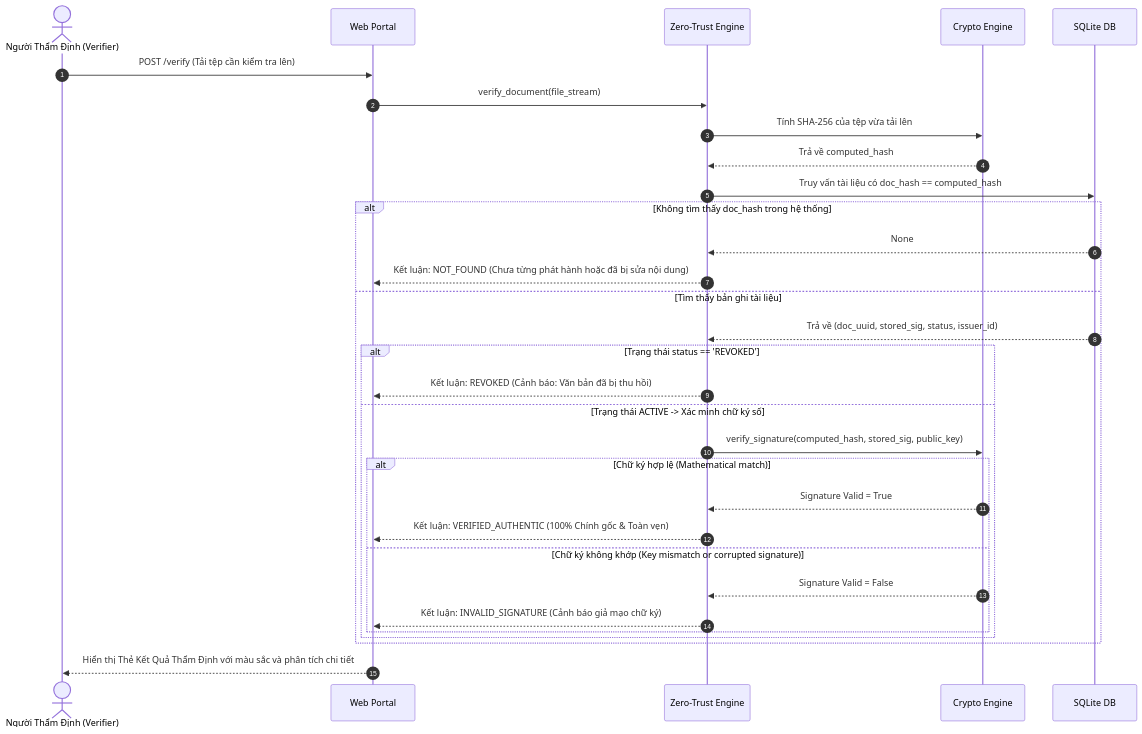
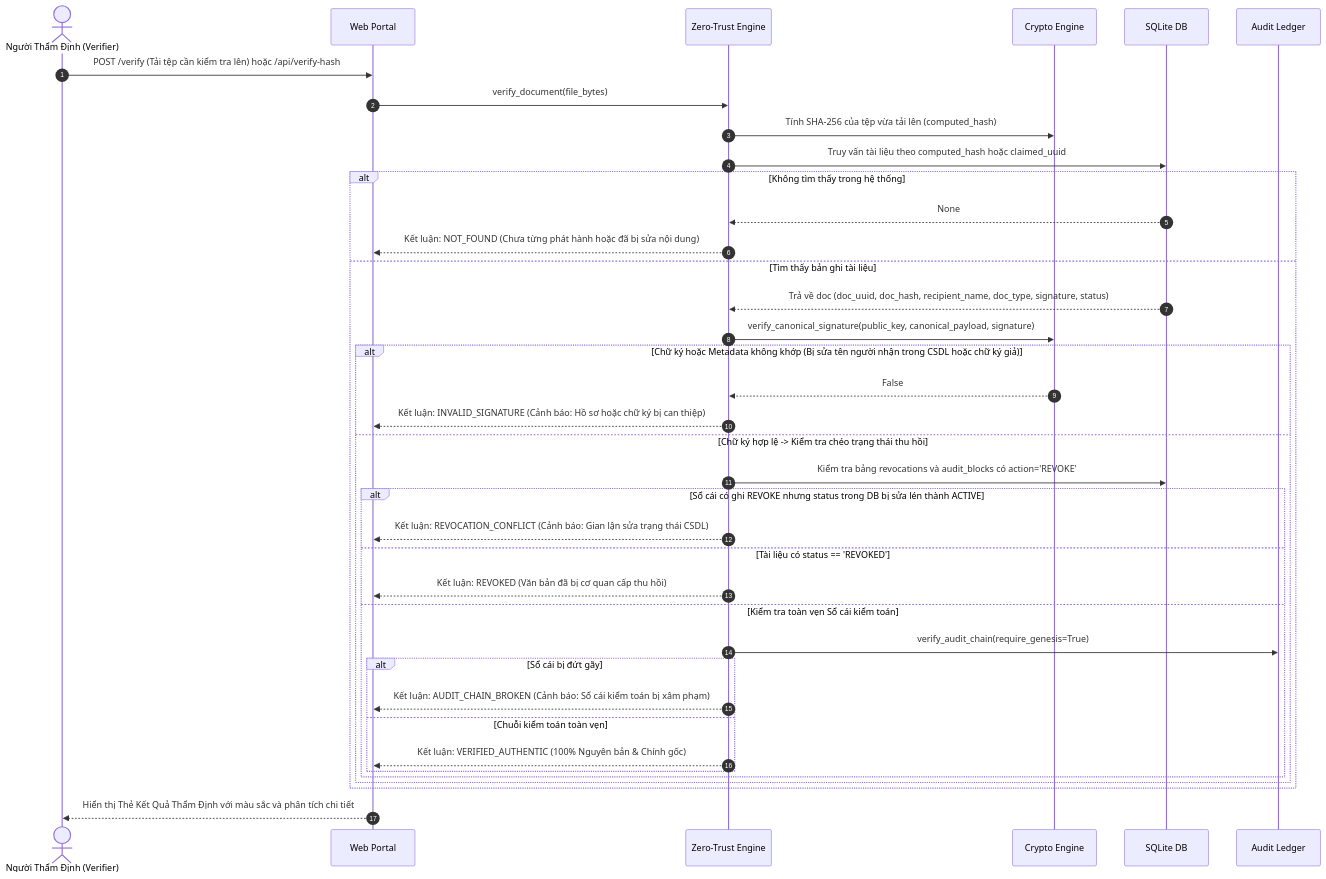
Before and after one commit to kietvo5924/secudoc-zero-trust: the second of 2 diagrams in docs/ARCHITECTURE.md, drawn with Mermaid. The commit also changed other lines of this file and 32 other files, not shown here.

Commit message:
feat(security): complete Zero-Trust capstone hardening, canonical signatures, audit isolation, and 45 passing tests

````diff
--- a/docs/ARCHITECTURE.md
+++ b/docs/ARCHITECTURE.md
@@ -93,34 +94,41 @@
 ```mermaid
 sequenceDiagram
     autonumber
     actor Verifier as Người Thẩm Định (Verifier)
     participant Web as Web Portal
     participant VerifyEng as Zero-Trust Engine
     participant Crypto as Crypto Engine
     participant DB as SQLite DB
+    participant Audit as Audit Ledger
 
-    Verifier->>Web: POST /verify (Tải tệp cần kiểm tra lên)
-    Web->>VerifyEng: verify_document(file_stream)
-    VerifyEng->>Crypto: Tính SHA-256 của tệp vừa tải lên
-    Crypto-->>VerifyEng: Trả về computed_hash
-    VerifyEng->>DB: Truy vấn tài liệu có doc_hash == computed_hash
-    alt Không tìm thấy doc_hash trong hệ thống
+    Verifier->>Web: POST /verify (Tải tệp cần kiểm tra lên) hoặc /api/verify-hash
+    Web->>VerifyEng: verify_document(file_bytes)
+    VerifyEng->>Crypto: Tính SHA-256 của tệp vừa tải lên (computed_hash)
+    VerifyEng->>DB: Truy vấn tài liệu theo computed_hash hoặc claimed_uuid
+    alt Không tìm thấy trong hệ thống
         DB-->>VerifyEng: None
         VerifyEng-->>Web: Kết luận: NOT_FOUND (Chưa từng phát hành hoặc đã bị sửa nội dung)
     else Tìm thấy bản ghi tài liệu
-        DB-->>VerifyEng: Trả về (doc_uuid, stored_sig, status, issuer_id)
-        alt Trạng thái status == 'REVOKED'
-            VerifyEng-->>Web: Kết luận: REVOKED (Cảnh báo: Văn bản đã bị thu hồi)
-        else Trạng thái ACTIVE -> Xác minh chữ ký số
-            VerifyEng->>Crypto: verify_signature(computed_hash, stored_sig, public_key)
-            alt Chữ ký hợp lệ (Mathematical match)
-                Crypto-->>VerifyEng: Signature Valid = True
-                VerifyEng-->>Web: Kết luận: VERIFIED_AUTHENTIC (100% Chính gốc & Toàn vẹn)
-            else Chữ ký không khớp (Key mismatch or corrupted signature)
-                Crypto-->>VerifyEng: Signature Valid = False
-                VerifyEng-->>Web: Kết luận: INVALID_SIGNATURE (Cảnh báo giả mạo chữ ký)
+        DB-->>VerifyEng: Trả về doc (doc_uuid, doc_hash, recipient_name, doc_type, signature, status)
+        VerifyEng->>Crypto: verify_canonical_signature(public_key, canonical_payload, signature)
+        alt Chữ ký hoặc Metadata không khớp (Bị sửa tên người nhận trong CSDL hoặc chữ ký giả)
+            Crypto-->>VerifyEng: False
+            VerifyEng-->>Web: Kết luận: INVALID_SIGNATURE (Cảnh báo: Hồ sơ hoặc chữ ký bị can thiệp)
+        else Chữ ký hợp lệ -> Kiểm tra chéo trạng thái thu hồi
+            VerifyEng->>DB: Kiểm tra bảng revocations và audit_blocks có action='REVOKE'
+            alt Sổ cái có ghi REVOKE nhưng status trong DB bị sửa lén thành ACTIVE
+                VerifyEng-->>Web: Kết luận: REVOCATION_CONFLICT (Cảnh báo: Gian lận sửa trạng thái CSDL)
+            else Tài liệu có status == 'REVOKED'
+                VerifyEng-->>Web: Kết luận: REVOKED (Văn bản đã bị cơ quan cấp thu hồi)
+            else Kiểm tra toàn vẹn Sổ cái kiểm toán
+                VerifyEng->>Audit: verify_audit_chain(require_genesis=True)
+                alt Sổ cái bị đứt gãy
+                    VerifyEng-->>Web: Kết luận: AUDIT_CHAIN_BROKEN (Cảnh báo: Sổ cái kiểm toán bị xâm phạm)
+                else Chuỗi kiểm toán toàn vẹn
+                    VerifyEng-->>Web: Kết luận: VERIFIED_AUTHENTIC (100% Nguyên bản & Chính gốc)
+                end
             end
         end
     end
     Web-->>Verifier: Hiển thị Thẻ Kết Quả Thẩm Định với màu sắc và phân tích chi tiết
 ```
````
